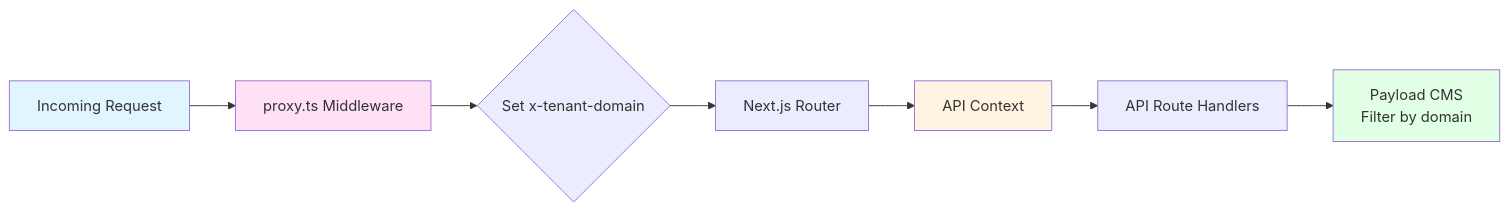
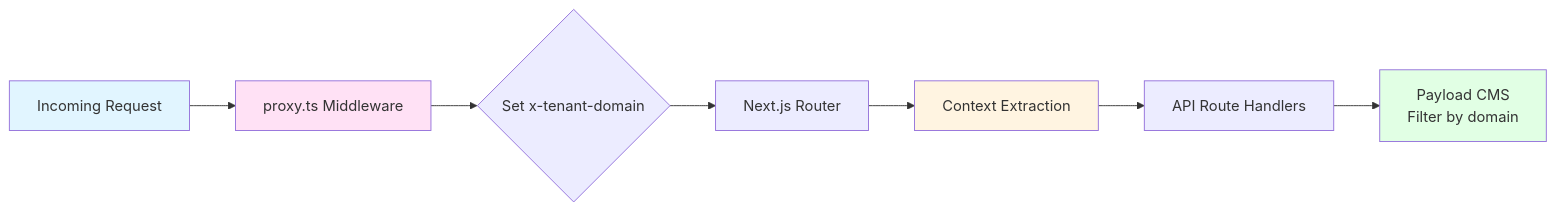
One commit to ossaidqadri/otherdev.web-02 changed the seventh of 10 diagrams in web/docs/ARCHITECTURE.md. Above: the diagram before and after it, drawn with Mermaid. The commit also changed other lines of this file and 4 other files, not shown here.

First line of the commit message:
docs: comprehensive update to reflect current architecture

````diff
--- a/web/docs/ARCHITECTURE.md
+++ b/web/docs/ARCHITECTURE.md
@@ -454,15 +492,15 @@
 ```mermaid
 graph LR
     Request[Incoming Request] --> Proxy[proxy.ts Middleware]
     Proxy --> Header{Set x-tenant-domain}
     Header --> NextJS[Next.js Router]
-    NextJS --> Context[API Context]
+    NextJS --> Context[Context Extraction]
     Context --> Handler[API Route Handlers]
 
     Handler --> CMS[Payload CMS<br/>Filter by domain]
 
     style Request fill:#e1f5ff
     style Proxy fill:#ffe1f5
     style Context fill:#fff4e1
     style CMS fill:#e1ffe4
 ```
````
